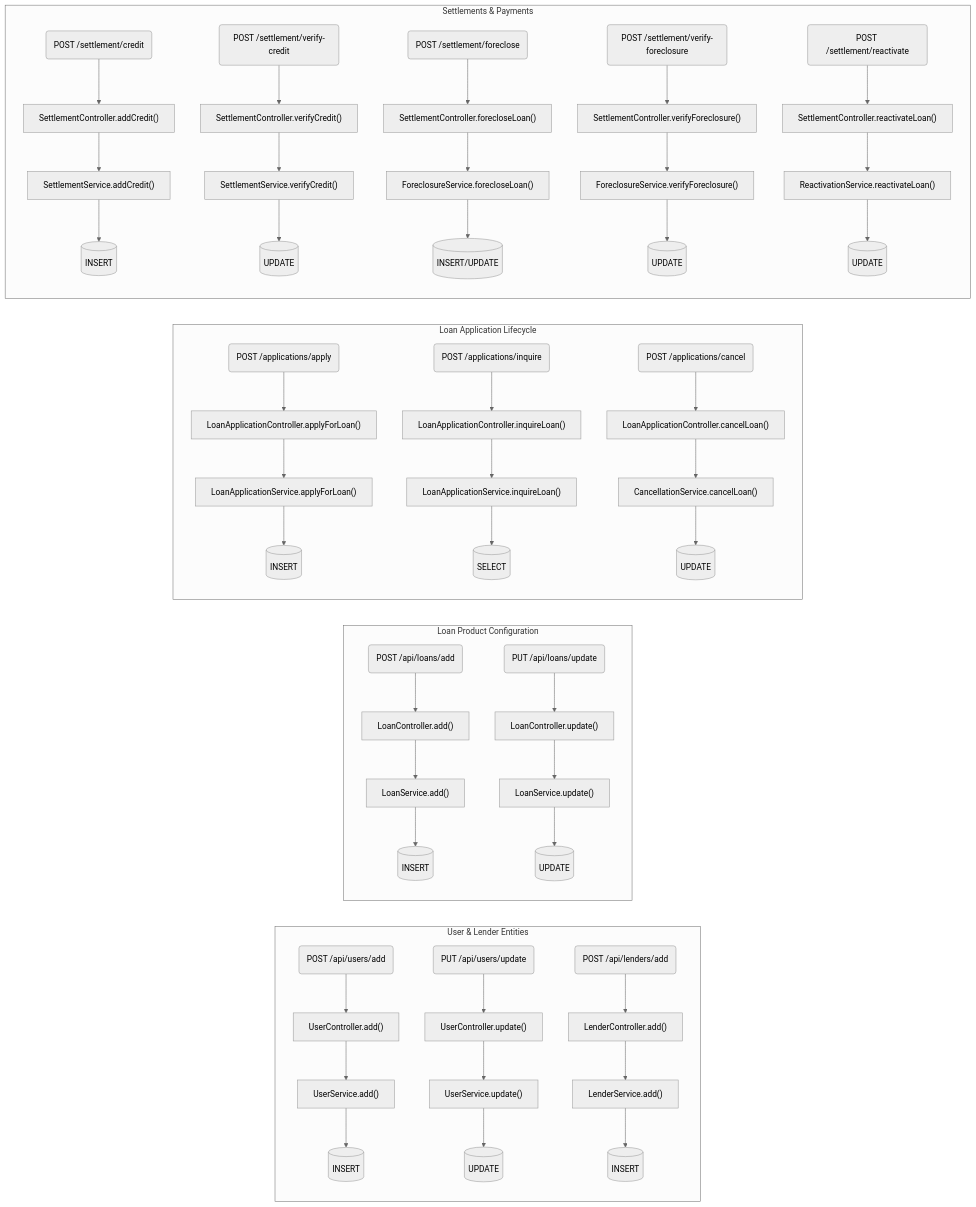
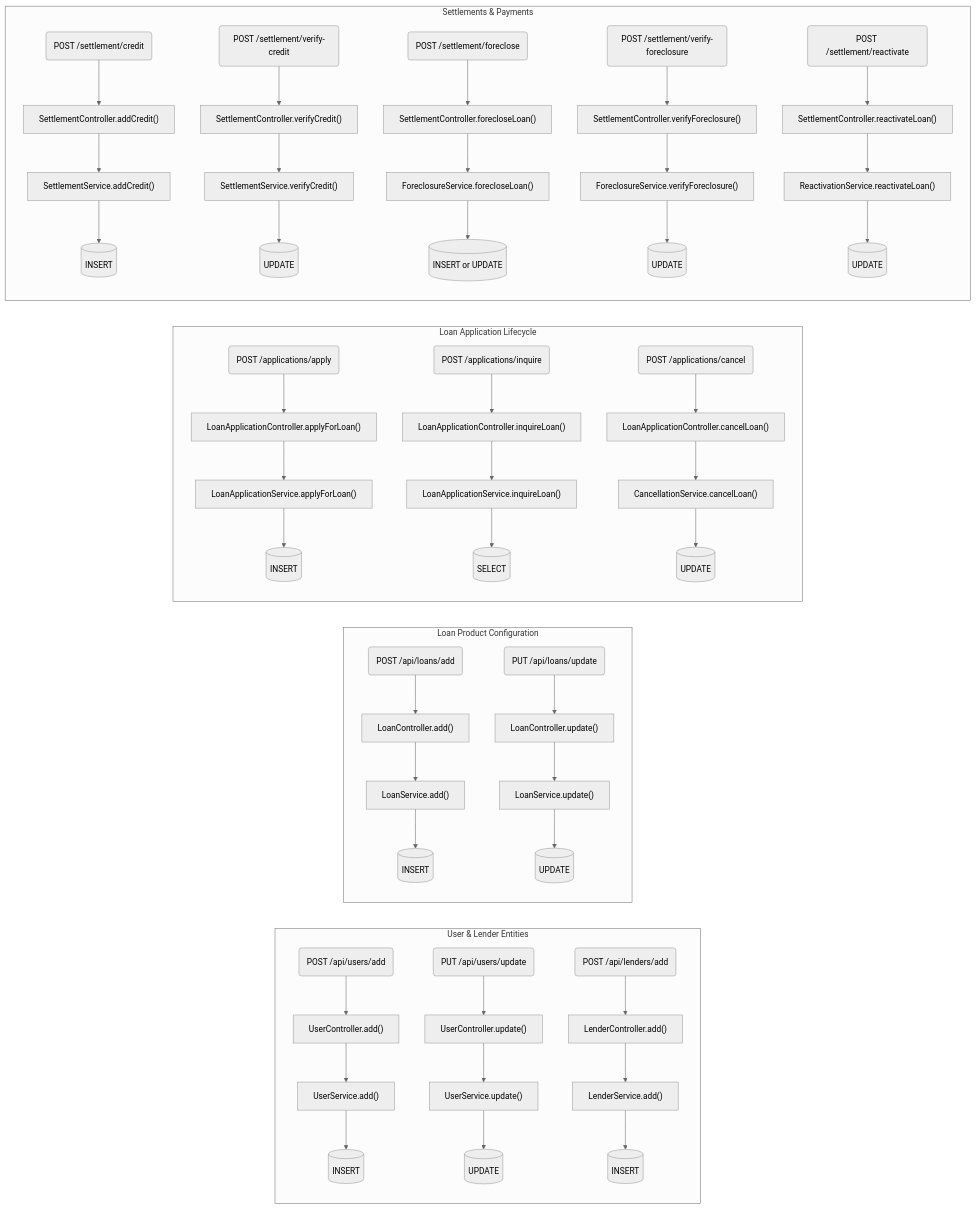
The fourth of 8 diagrams in architecture_diagrams.md (rohangupta513/LMS), drawn with Mermaid (neutral theme) before and after one commit. The commit also changed other lines of this file, not shown here.

Commit message:
Fix cylinder shapes syntax in Mermaid diagrams

````diff
--- a/architecture_diagrams.md
+++ b/architecture_diagrams.md
@@ -152,27 +152,27 @@
 ```mermaid
 flowchart LR
     subgraph "User & Lender Entities"
-        A1("POST /api/users/add") --> A2["UserController.add()"] --> A3["UserService.add()"] --> A4[("INSERT")]
-        B1("PUT /api/users/update") --> B2["UserController.update()"] --> B3["UserService.update()"] --> B4[("UPDATE")]
-        C1("POST /api/lenders/add") --> C2["LenderController.add()"] --> C3["LenderService.add()"] --> C4[("INSERT")]
+        A1("POST /api/users/add") --> A2["UserController.add()"] --> A3["UserService.add()"] --> A4[(INSERT)]
+        B1("PUT /api/users/update") --> B2["UserController.update()"] --> B3["UserService.update()"] --> B4[(UPDATE)]
+        C1("POST /api/lenders/add") --> C2["LenderController.add()"] --> C3["LenderService.add()"] --> C4[(INSERT)]
     end
 
     subgraph "Loan Product Configuration"
-        D1("POST /api/loans/add") --> D2["LoanController.add()"] --> D3["LoanService.add()"] --> D4[("INSERT")]
-        E1("PUT /api/loans/update") --> E2["LoanController.update()"] --> E3["LoanService.update()"] --> E4[("UPDATE")]
+        D1("POST /api/loans/add") --> D2["LoanController.add()"] --> D3["LoanService.add()"] --> D4[(INSERT)]
+        E1("PUT /api/loans/update") --> E2["LoanController.update()"] --> E3["LoanService.update()"] --> E4[(UPDATE)]
     end
 
     subgraph "Loan Application Lifecycle"
-        F1("POST /applications/apply") --> F2["LoanApplicationController.applyForLoan()"] --> F3["LoanApplicationService.applyForLoan()"] --> F4[("INSERT")]
-        G1("POST /applications/inquire") --> G2["LoanApplicationController.inquireLoan()"] --> G3["LoanApplicationService.inquireLoan()"] --> G4[("SELECT")]
-        H1("POST /applications/cancel") --> H2["LoanApplicationController.cancelLoan()"] --> H3["CancellationService.cancelLoan()"] --> H4[("UPDATE")]
+        F1("POST /applications/apply") --> F2["LoanApplicationController.applyForLoan()"] --> F3["LoanApplicationService.applyForLoan()"] --> F4[(INSERT)]
+        G1("POST /applications/inquire") --> G2["LoanApplicationController.inquireLoan()"] --> G3["LoanApplicationService.inquireLoan()"] --> G4[(SELECT)]
+        H1("POST /applications/cancel") --> H2["LoanApplicationController.cancelLoan()"] --> H3["CancellationService.cancelLoan()"] --> H4[(UPDATE)]
     end
 
     subgraph "Settlements & Payments"
-        I1("POST /settlement/credit") --> I2["SettlementController.addCredit()"] --> I3["SettlementService.addCredit()"] --> I4[("INSERT")]
-        J1("POST /settlement/verify-credit") --> J2["SettlementController.verifyCredit()"] --> J3["SettlementService.verifyCredit()"] --> J4[("UPDATE")]
-        K1("POST /settlement/foreclose") --> K2["SettlementController.forecloseLoan()"] --> K3["ForeclosureService.forecloseLoan()"] --> K4[("INSERT/UPDATE")]
-        L1("POST /settlement/verify-foreclosure") --> L2["SettlementController.verifyForeclosure()"] --> L3["ForeclosureService.verifyForeclosure()"] --> L4[("UPDATE")]
-        M1("POST /settlement/reactivate") --> M2["SettlementController.reactivateLoan()"] --> M3["ReactivationService.reactivateLoan()"] --> M4[("UPDATE")]
+        I1("POST /settlement/credit") --> I2["SettlementController.addCredit()"] --> I3["SettlementService.addCredit()"] --> I4[(INSERT)]
+        J1("POST /settlement/verify-credit") --> J2["SettlementController.verifyCredit()"] --> J3["SettlementService.verifyCredit()"] --> J4[(UPDATE)]
+        K1("POST /settlement/foreclose") --> K2["SettlementController.forecloseLoan()"] --> K3["ForeclosureService.forecloseLoan()"] --> K4[(INSERT or UPDATE)]
+        L1("POST /settlement/verify-foreclosure") --> L2["SettlementController.verifyForeclosure()"] --> L3["ForeclosureService.verifyForeclosure()"] --> L4[(UPDATE)]
+        M1("POST /settlement/reactivate") --> M2["SettlementController.reactivateLoan()"] --> M3["ReactivationService.reactivateLoan()"] --> M4[(UPDATE)]
     end
 ```
````
